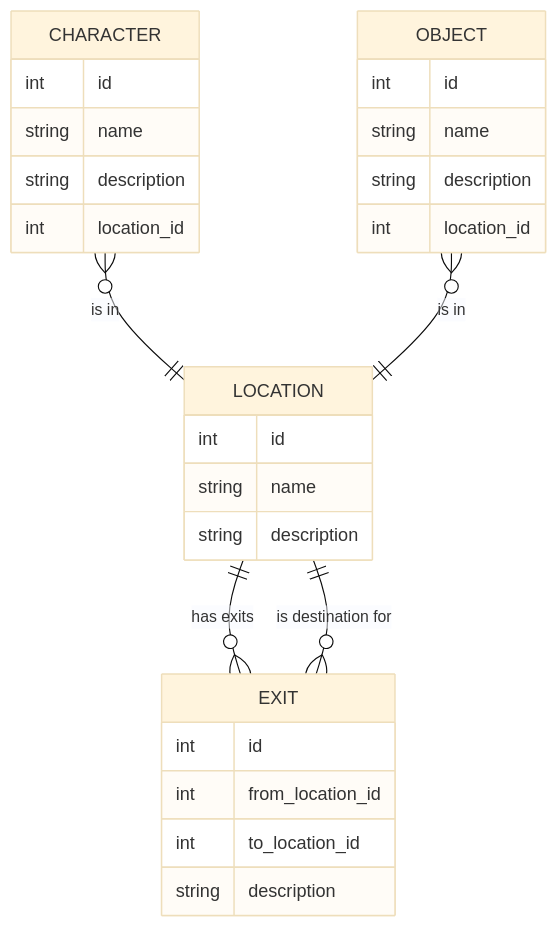
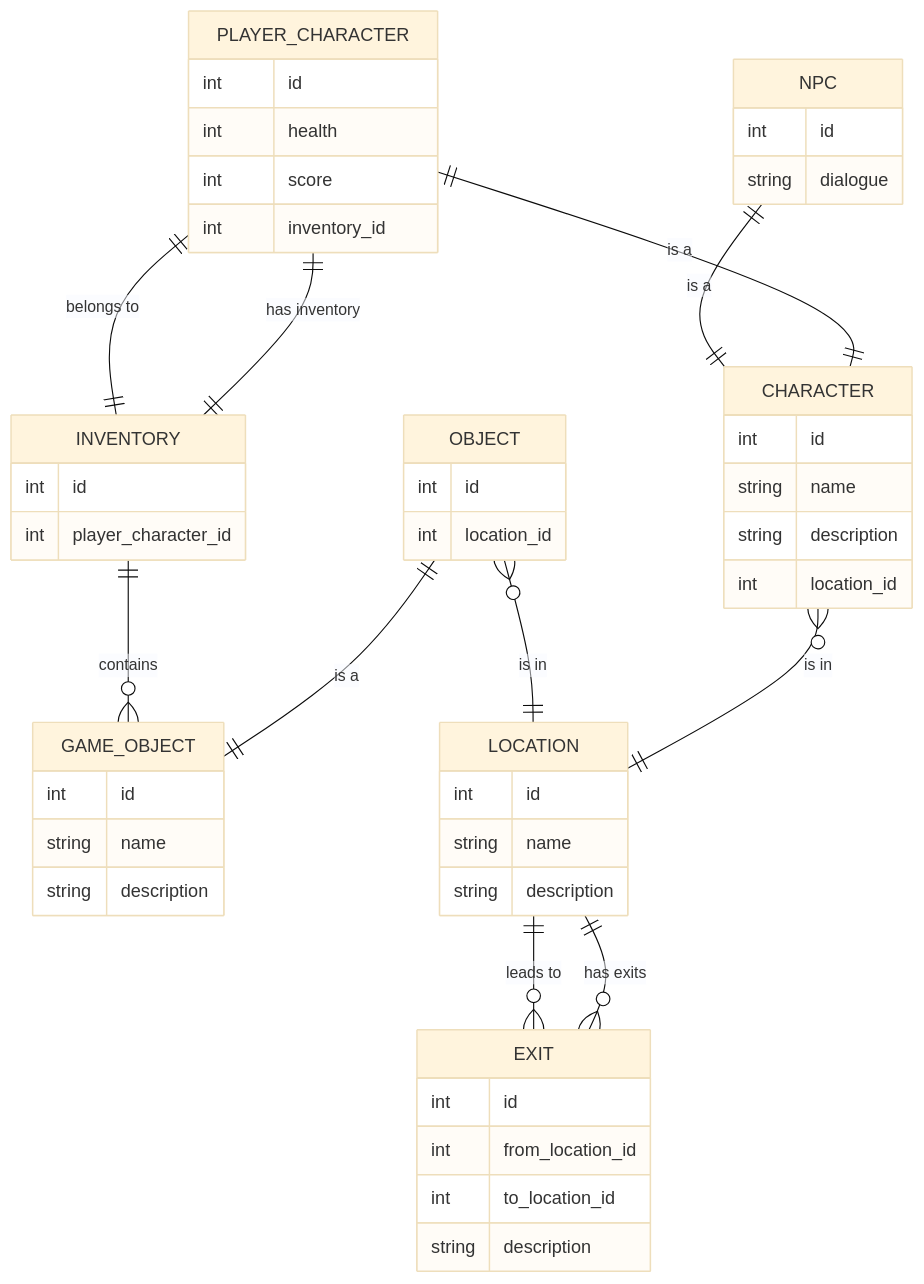
One commit to plafeberhva/web-student-quest changed the diagram in docs/erd.md. Above: the diagram before and after it, drawn with Mermaid (base theme). The commit also changed other lines of this file and 1 other file, not shown here.

Commit message:
docs(oop): update ERD and class diagram to reflect OOP structure, location connections, and inventory relationship (closes #<OOP_ISSUE_NUMBER>)

````diff
--- a/docs/erd.md
+++ b/docs/erd.md
@@ -3,34 +3,62 @@
 ```mermaid
 erDiagram
+    GAME_OBJECT {
+        int id
+        string name
+        string description
+    }
+
+    LOCATION {
+        int id
+        string name
+        string description
+    }
+
     CHARACTER {
         int id
         string name
         string description
         int location_id
     }
-    
-    LOCATION {
+
+    PLAYER_CHARACTER {
         int id
-        string name
-        string description
+        int health
+        int score
+        int inventory_id
     }
-    
+
+    NPC {
+        int id
+        string dialogue
+    }
+
+    INVENTORY {
+        int id
+        int player_character_id
+    }
+
     OBJECT {
         int id
-        string name
-        string description
         int location_id
     }
-    
+
     EXIT {
         int id
         int from_location_id
         int to_location_id
         string description
     }
 
+    %% Inheritance (TPT): Subclass tables reference superclass tables by id
+    PLAYER_CHARACTER ||--|| CHARACTER : "is a"
+    NPC ||--|| CHARACTER : "is a"
     CHARACTER }o--|| LOCATION : "is in"
+    OBJECT ||--|| GAME_OBJECT : "is a"
     OBJECT }o--|| LOCATION : "is in"
+    PLAYER_CHARACTER ||--|| INVENTORY : "has inventory"
+    INVENTORY ||--|| PLAYER_CHARACTER : "belongs to"
+    INVENTORY ||--o{ GAME_OBJECT : "contains"
     LOCATION ||--o{ EXIT : "has exits"
-    LOCATION ||--o{ EXIT : "is destination for"
+    EXIT }o--|| LOCATION : "leads to"
 ```
````
